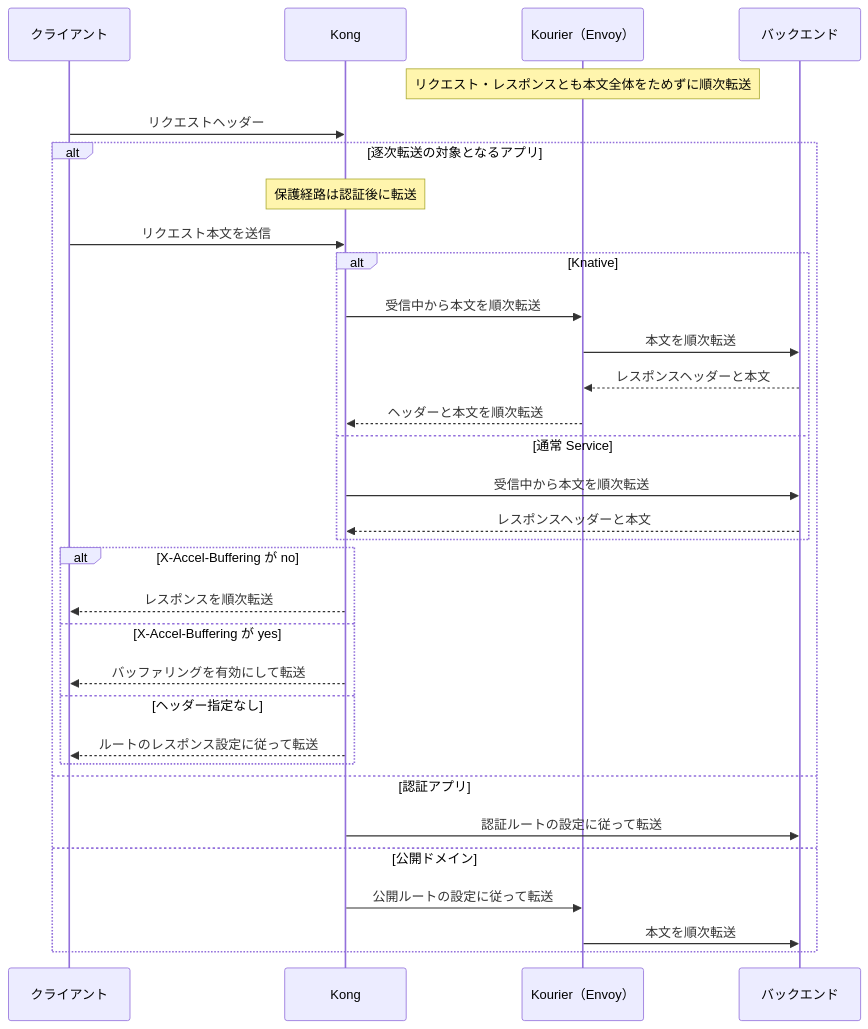
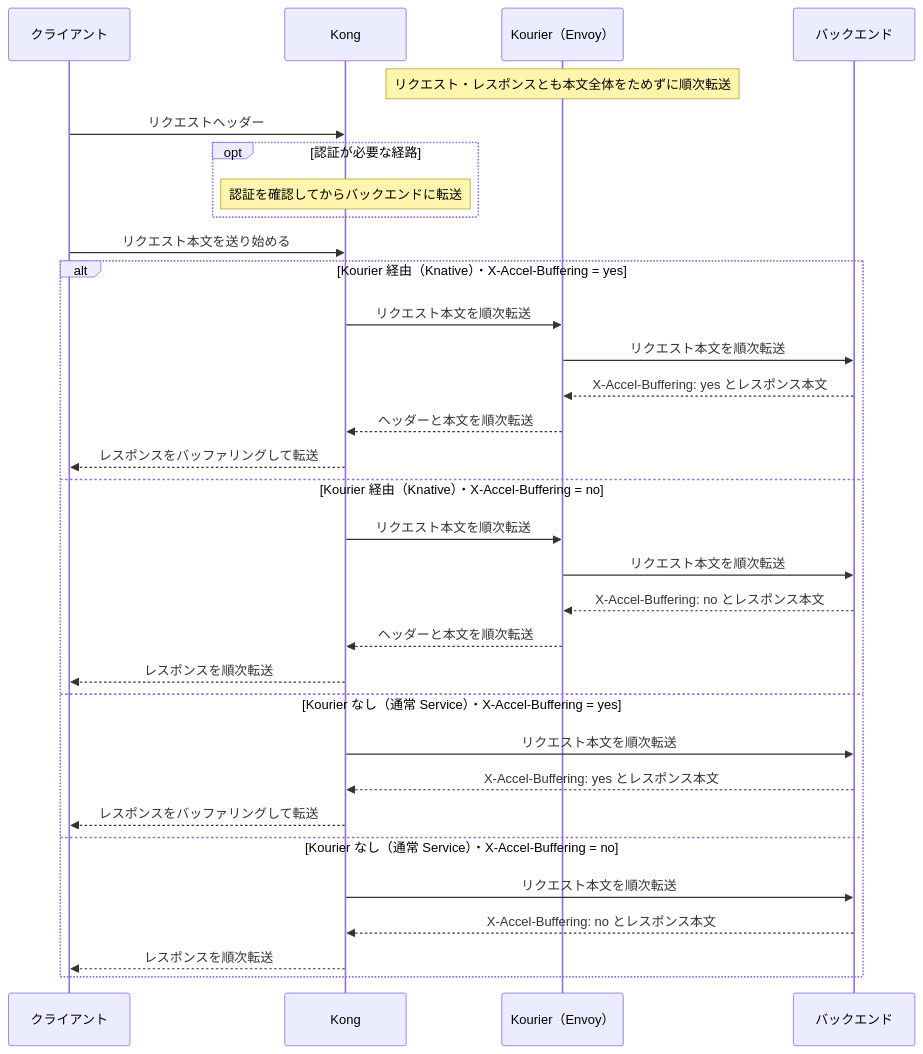
The diagram in docs/streaming.md (sasano8/infra-kubernetes), drawn with Mermaid before and after one commit. The commit also changed other lines of this file, not shown here.

Commit message:
Show four streaming cases after the shared authentication steps

````diff
--- a/docs/streaming.md
+++ b/docs/streaming.md
@@ -15,34 +16,35 @@
 ```mermaid
 sequenceDiagram
     participant C as クライアント
     participant K as Kong
     participant Q as Kourier（Envoy）
     participant B as バックエンド
     Note over Q: リクエスト・レスポンスとも本文全体をためずに順次転送
     C->>K: リクエストヘッダー
-    alt 逐次転送の対象となるアプリ
-        Note over K: 保護経路は認証後に転送
-        C->>K: リクエスト本文を送信
-        alt Knative
-            K->>Q: 受信中から本文を順次転送
-            Q->>B: 本文を順次転送
-            B-->>Q: レスポンスヘッダーと本文
-            Q-->>K: ヘッダーと本文を順次転送
-        else 通常 Service
-            K->>B: 受信中から本文を順次転送
-            B-->>K: レスポンスヘッダーと本文
-        end
-        alt X-Accel-Buffering が no
-            K-->>C: レスポンスを順次転送
-        else X-Accel-Buffering が yes
-            K-->>C: バッファリングを有効にして転送
-        else ヘッダー指定なし
-            K-->>C: ルートのレスポンス設定に従って転送
-        end
-    else 認証アプリ
-        K->>B: 認証ルートの設定に従って転送
-    else 公開ドメイン
-        K->>Q: 公開ルートの設定に従って転送
-        Q->>B: 本文を順次転送
+    opt 認証が必要な経路
+        Note over K: 認証を確認してからバックエンドに転送
+    end
+    C->>K: リクエスト本文を送り始める
+
+    alt Kourier 経由（Knative）・X-Accel-Buffering = yes
+        K->>Q: リクエスト本文を順次転送
+        Q->>B: リクエスト本文を順次転送
+        B-->>Q: X-Accel-Buffering: yes とレスポンス本文
+        Q-->>K: ヘッダーと本文を順次転送
+        K-->>C: レスポンスをバッファリングして転送
+    else Kourier 経由（Knative）・X-Accel-Buffering = no
+        K->>Q: リクエスト本文を順次転送
+        Q->>B: リクエスト本文を順次転送
+        B-->>Q: X-Accel-Buffering: no とレスポンス本文
+        Q-->>K: ヘッダーと本文を順次転送
+        K-->>C: レスポンスを順次転送
+    else Kourier なし（通常 Service）・X-Accel-Buffering = yes
+        K->>B: リクエスト本文を順次転送
+        B-->>K: X-Accel-Buffering: yes とレスポンス本文
+        K-->>C: レスポンスをバッファリングして転送
+    else Kourier なし（通常 Service）・X-Accel-Buffering = no
+        K->>B: リクエスト本文を順次転送
+        B-->>K: X-Accel-Buffering: no とレスポンス本文
+        K-->>C: レスポンスを順次転送
     end
 ```
````
